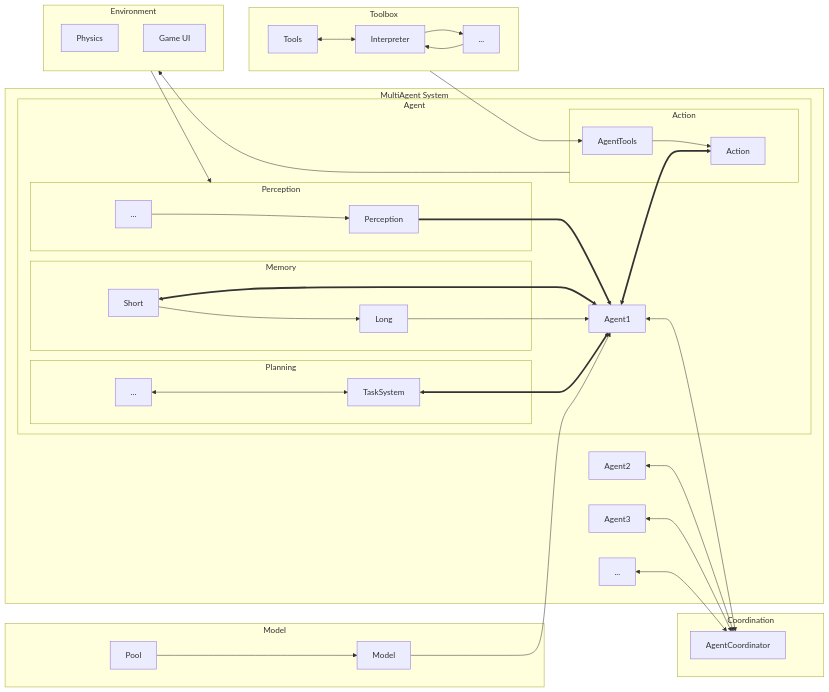
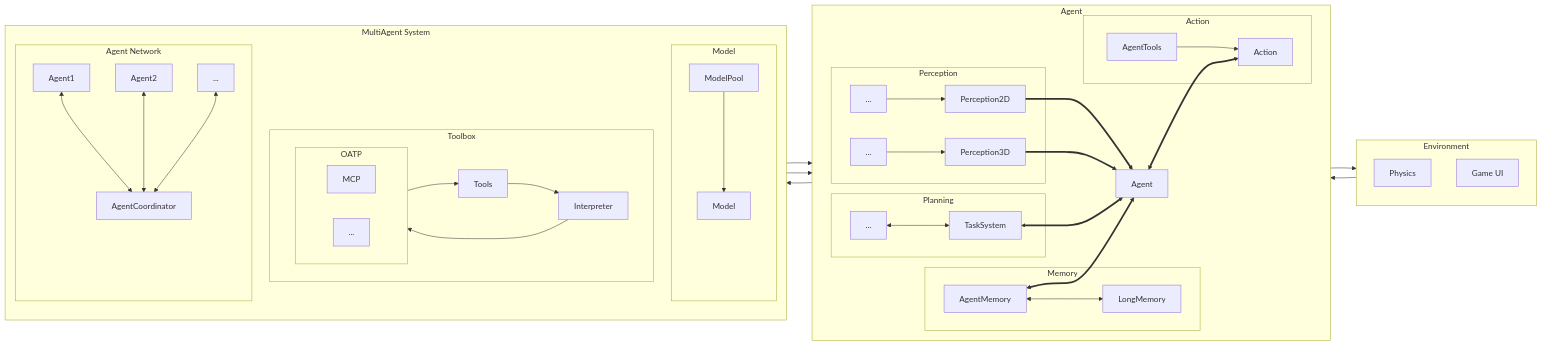
One commit to SleeeepyZhou/AIdot changed the diagram in README.md. Above: the diagram before and after it, drawn with Mermaid. The commit also changed other lines of this file and 1 other file, not shown here.

````diff
--- a/README.md
+++ b/README.md
@@ -24,56 +24,75 @@
 ```mermaid
 flowchart LR
-	subgraph Coordination
-		C[AgentCoordinator]
+	subgraph Agent
+		direction LR
+		A[Agent]
+
+		subgraph Perception
+			P2[Perception2D]
+			P2N[...] --> P2
+			P3[Perception3D]
+			P3N[...] --> P3
+		end
+
+		subgraph Memory
+			M1[AgentMemory] <--> M2[LongMemory]
+		end
+
+		subgraph Planning
+			S[TaskSystem]
+			S3[...] <--> S
+		end
+
+		subgraph Action
+			T[Action]
+			AgentTools --> T
+		end
+
+		P2 ==> A
+		P3 ==> A
+		M1 <==> A
+		S <==> A
+		A <==> T
 	end
-	subgraph MultiAgent System
-		subgraph Agent
-			A[Agent1]
-			subgraph Action
-				T[Action]
-				AgentTools --> T
-			end
-			subgraph Perception
-				P[Perception]
-				P3[...] --> P
-			end
-			subgraph Memory
-				M1[Short] --> M2[Long]
-			end
-			subgraph Planning
-				S[TaskSystem]
-				S3[...] <--> S
-			end
-			A <==> T
-			P ==> A
-			M1 <==> A
-			M2 --> A
-			S <==> A
-		end
-		A <--> C
-		A1[Agent2] <--> C
-		A2[Agent3] <--> C
-		A3[...] <--> C
-	end
-	subgraph Model
-		M[Model]
-		Pool --> M
-	end
-	M --> A
-	subgraph Toolbox
-		direction LR
-		T0[Tools] --> AgentTools
-		t[Interpreter]
-		T4[...] --> t
-		T0 <--> t
-		t --> T4
-	end
+
 	subgraph ENV[Environment]
 		direction TB
 		PHYS[Physics]
 		UI[Game UI]
 	end
+
 	ENV --> Perception
-	Action --> ENV
+	T --> ENV
+
+	subgraph MultiAgent System
+		direction TB
+		subgraph Agent Network
+			A1[Agent1] <--> C
+			A2[Agent2] <--> C
+			A4[...] <--> C
+			C[AgentCoordinator]
+		end
+
+		subgraph Model
+			M[Model]
+			ModelPool --> M
+		end
+		M --> A
+
+		subgraph Toolbox
+			direction LR
+			T0[Tools] --> t[Interpreter]
+			t --> OATP
+			subgraph OATP
+				MCP
+				T4[...]
+			end
+			OATP --> T0
+		end
+		T0 --> AgentTools
+
+	end
+
+	Agent --> A1
 	
 ```
````
